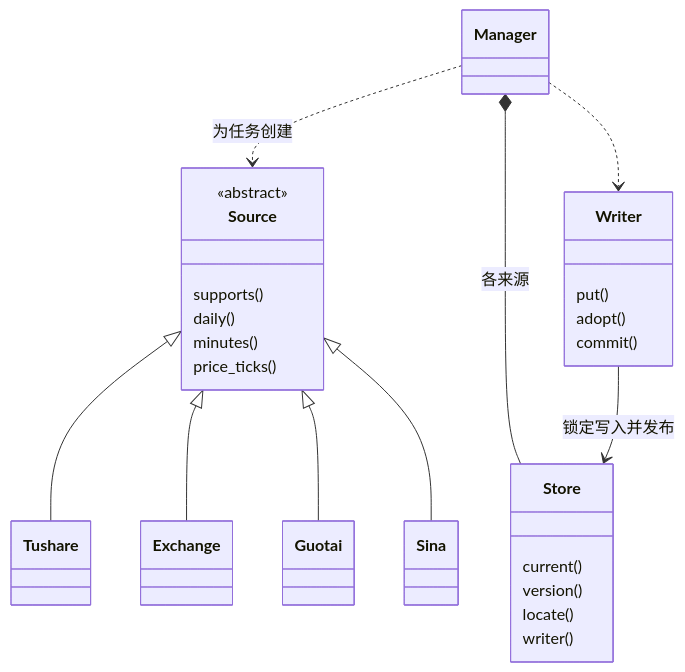
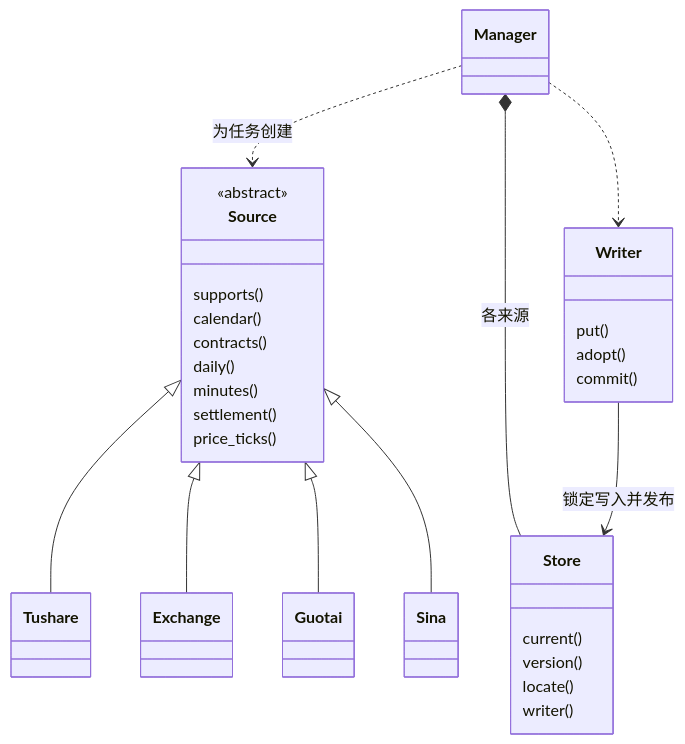
Before and after one commit to isqiwen/asterion-terminal: the second of 3 diagrams in docs/warehouse/architecture.md, drawn with Mermaid. The commit also changed other lines of this file and 20 other files, not shown here.

````diff
--- a/docs/warehouse/architecture.md
+++ b/docs/warehouse/architecture.md
@@ -42,34 +42,37 @@
 ```mermaid
 classDiagram
     class Manager
     class Source {
         <<abstract>>
         supports()
+        calendar()
+        contracts()
         daily()
         minutes()
+        settlement()
         price_ticks()
     }
     class Tushare
     class Exchange
     class Guotai
     class Sina
     class Store {
         current()
         version()
         locate()
         writer()
     }
     class Writer {
         put()
         adopt()
         commit()
     }
     Source <|-- Tushare
     Source <|-- Exchange
     Source <|-- Guotai
     Source <|-- Sina
     Manager ..> Source : 为任务创建
     Manager *-- Store : 各来源
     Manager ..> Writer
     Writer --> Store : 锁定写入并发布
 ```
````
